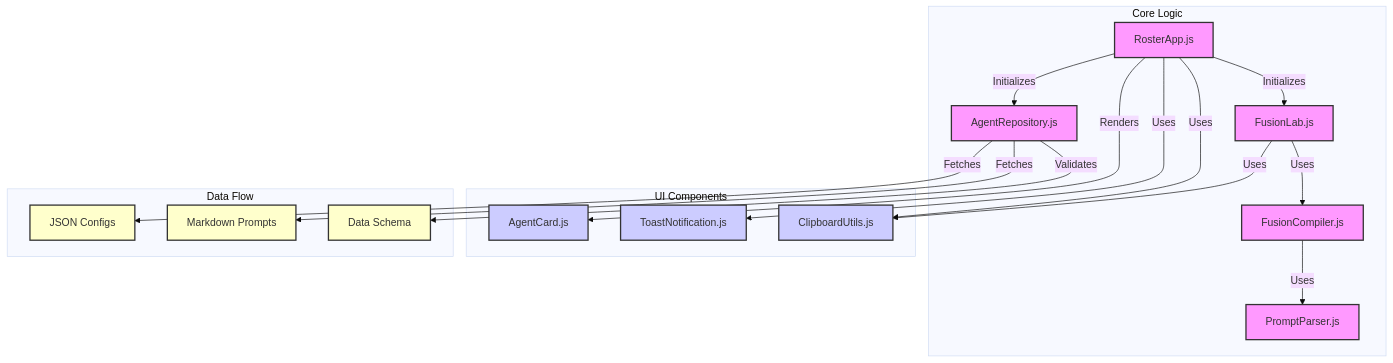
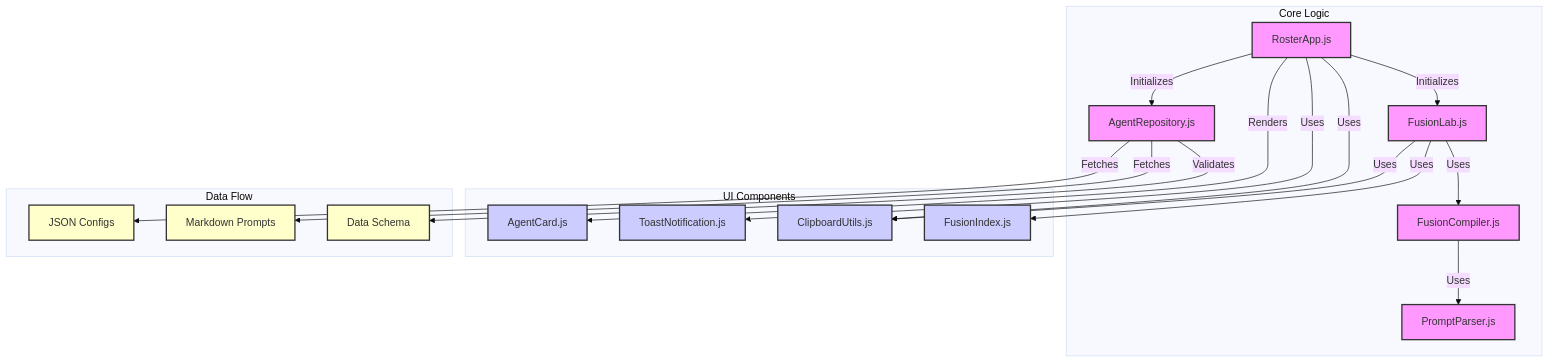
Before and after one commit to ekayaprod/jules-agent-roster: the second of 3 diagrams in ARCHITECTURE.md, drawn with Mermaid (base theme). The commit also changed 1 other file, not shown here.

Commit message:
Update Component Architecture diagram to include FusionIndex
Adds `FusionIndex.js` to the UI Components subgraph in `ARCHITECTURE.md` to accurately reflect the dependencies of `FusionLab.js`.

````diff
--- a/ARCHITECTURE.md
+++ b/ARCHITECTURE.md
@@ -33,30 +33,31 @@
 ```mermaid
 graph TD;
     subgraph Core Logic
         RosterApp[RosterApp.js] -->|Initializes| AgentRepo[AgentRepository.js];
         RosterApp -->|Initializes| FusionLab[FusionLab.js];
         FusionLab -->|Uses| FusionCompiler[FusionCompiler.js];
         FusionCompiler -->|Uses| PromptParser[PromptParser.js];
     end
 
     subgraph UI Components
         RosterApp -->|Renders| AgentCard[AgentCard.js];
         RosterApp -->|Uses| Toast[ToastNotification.js];
         RosterApp -->|Uses| Clipboard[ClipboardUtils.js];
         FusionLab -->|Uses| Clipboard;
+        FusionLab -->|Uses| FusionIndex[FusionIndex.js];
     end
 
     subgraph Data Flow
         AgentRepo -->|Fetches| JSON[JSON Configs];
         AgentRepo -->|Fetches| MD[Markdown Prompts];
         AgentRepo -->|Validates| Schema[Data Schema];
     end
 
     classDef core fill:#f9f,stroke:#333,stroke-width:2px;
     classDef ui fill:#ccf,stroke:#333,stroke-width:2px;
     classDef data fill:#ffc,stroke:#333,stroke-width:2px;
 
     class RosterApp,FusionLab,FusionCompiler,PromptParser,AgentRepo core;
-    class AgentCard,Toast,Clipboard ui;
+    class AgentCard,Toast,Clipboard,FusionIndex ui;
     class JSON,MD,Schema data;
 ```
````
